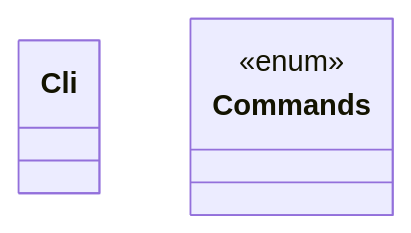
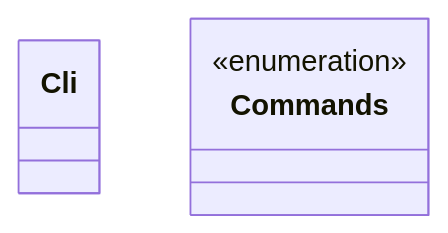
The first of 2 diagrams in wiki/crates_factory-cli_src_main.md (lgcorzo/rust_CACD_autonomous_factory), drawn with Mermaid before and after one commit. The commit also changed other lines of this file and 58 other files, not shown here.

````diff
--- a/wiki/crates_factory-cli_src_main.md
+++ b/wiki/crates_factory-cli_src_main.md
@@ -16,7 +16,7 @@
 ```mermaid
 classDiagram
     class Cli
     class Commands {
-        <<enum>>
+        <<enumeration>>
     }
 ```
````
